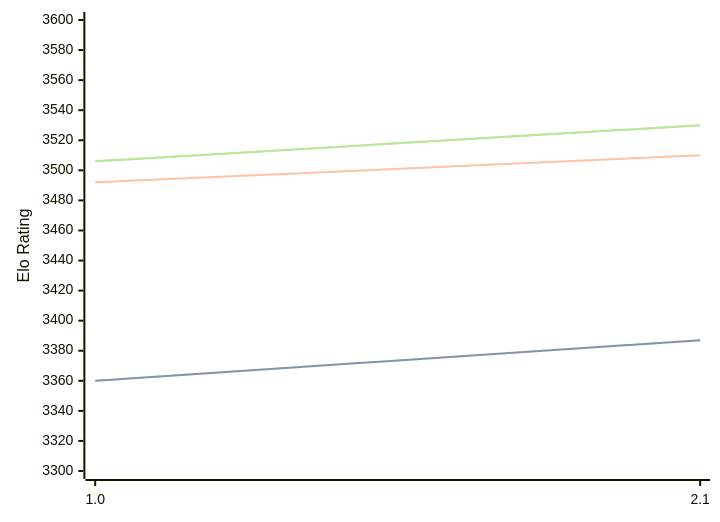
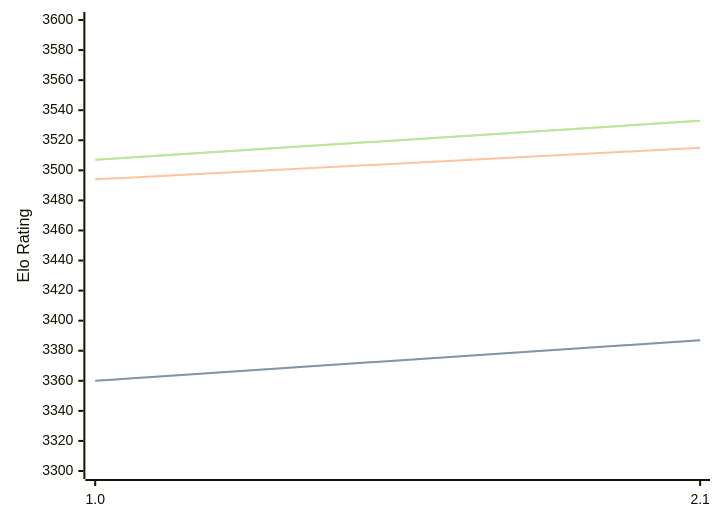
One commit to computer-chess-index/cci changed the first of 3 diagrams in engines/Hobbes.md. Above: the diagram before and after it, drawn with Mermaid. The commit also changed other lines of this file, not shown here.

Commit message:
Update CCI Ratings (ELO VLTC) - 2026-07-12

````diff
--- a/engines/Hobbes.md
+++ b/engines/Hobbes.md
@@ -33,11 +33,11 @@
 ```mermaid
 %%{init: {"theme":"base","themeVariables":{"seriesColors:['#a3a3a3','#222221','#faa371']}}}%%
 xychart-beta
   x-axis ["1.0", "2.1"]
   y-axis "Elo Rating" 3300 --> 3600
   line "STC (8.0+0.08s)" [3360, 3387]
   line "STC (8.0+0.08s)" [3360, 3387]
-  line "LTC (60.0+0.60s)" [3492, 3510]
-  line "VLTC (2m24s+1.12s)" [3506, 3530]
-  line "VLTC (2m24s+1.12s)" [3506, 3530]
+  line "LTC (60.0+0.60s)" [3494, 3515]
+  line "VLTC (2m24s+1.12s)" [3507, 3533]
+  line "VLTC (2m24s+1.12s)" [3507, 3533]
 ```
````
